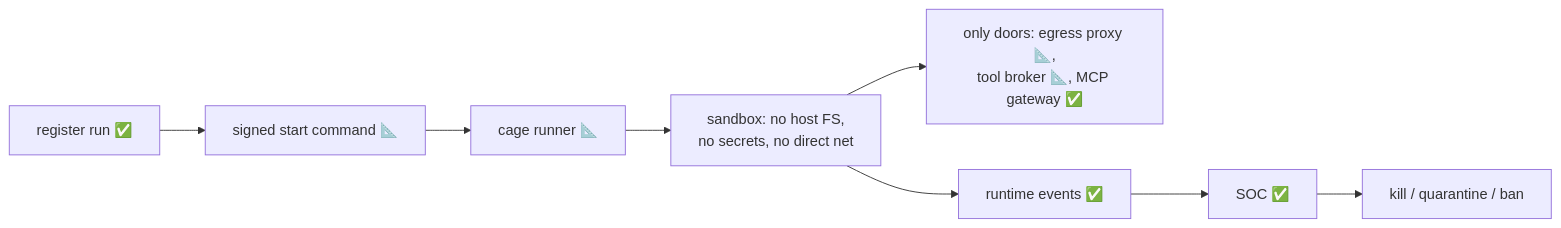
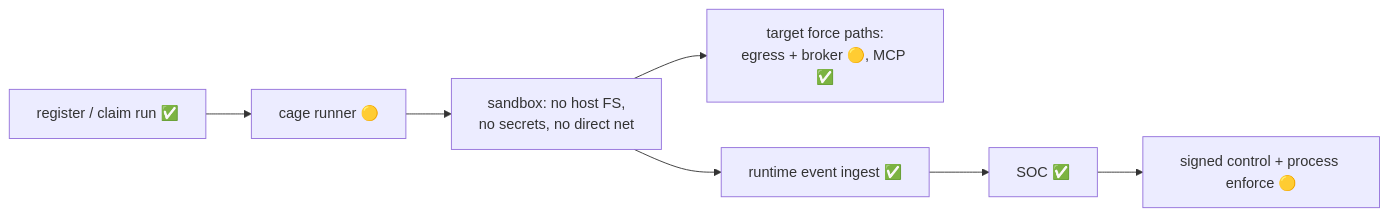
Before and after one commit to lavkushry/AegisAgent: the diagram in docs/components/Agent_Cage.md, drawn with Mermaid. The commit also changed other lines of this file and 61 other files, not shown here.

````diff
--- a/docs/components/Agent_Cage.md
+++ b/docs/components/Agent_Cage.md
@@ -22,9 +24,8 @@
 ```mermaid
 flowchart LR
-    RUN[register run ✅] --> CMD[signed start command 📐]
-    CMD --> CR[cage runner 📐]
+    RUN[register / claim run ✅] --> CR[cage runner 🟡]
     CR --> SB[sandbox: no host FS,<br/>no secrets, no direct net]
-    SB --> DOORS[only doors: egress proxy 📐,<br/>tool broker 📐, MCP gateway ✅]
-    SB --> TEL[runtime events ✅] --> SOC[SOC ✅]
-    SOC --> KILL[kill / quarantine / ban]
+    SB --> DOORS[target force paths:<br/>egress + broker 🟡, MCP ✅]
+    SB --> TEL[runtime event ingest ✅] --> SOC[SOC ✅]
+    SOC --> KILL[signed control + process enforce 🟡]
 ```
````
